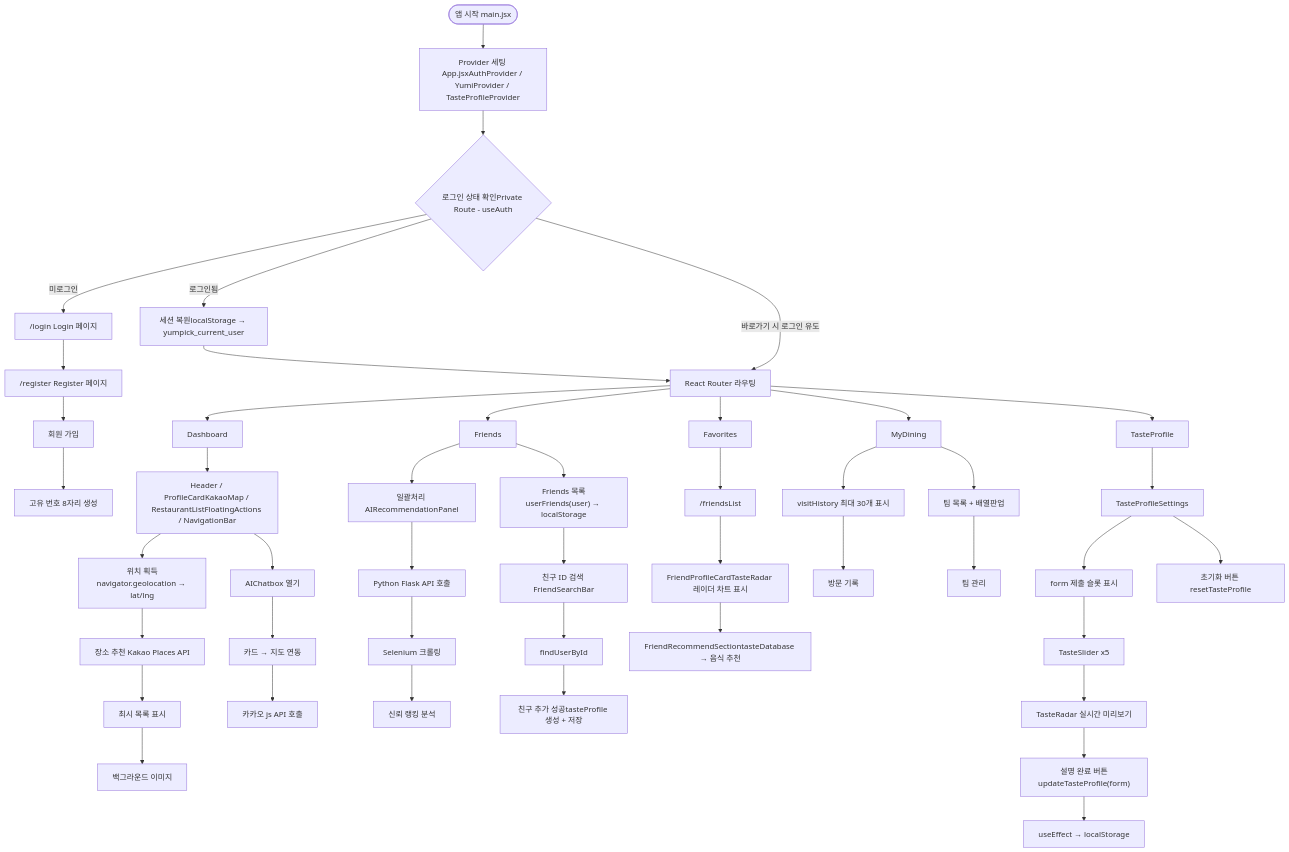
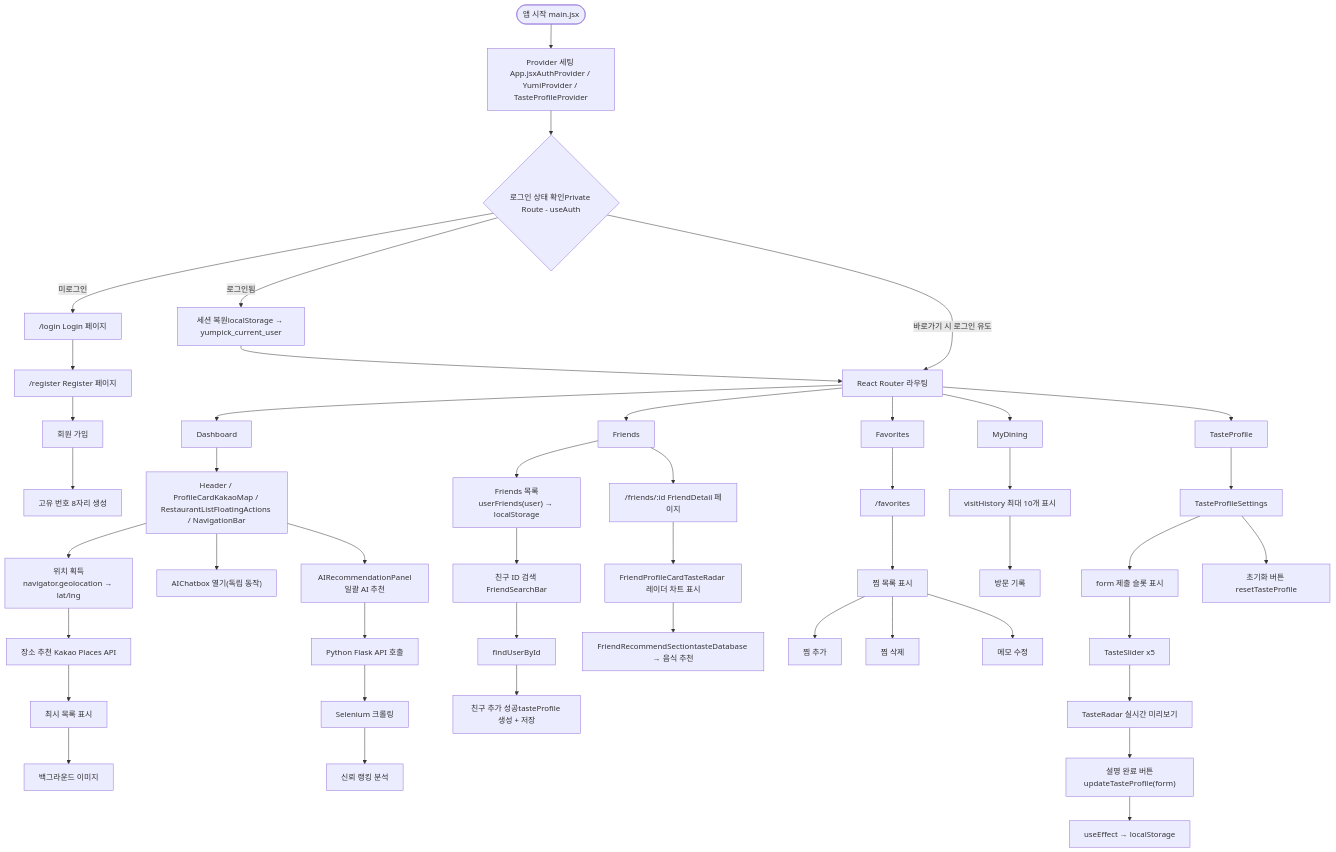
The diagram in README.md (tkrhandcl99-stack/react-project-team2), drawn with Mermaid before and after one commit.

````diff
--- a/README.md
+++ b/README.md
@@ -261,51 +261,53 @@
 ```mermaid
 flowchart TD
     A(["앱 시작 main.jsx"]) --> B["Provider 세팅 App.jsxAuthProvider / YumiProvider / TasteProfileProvider"]
     B --> C{"로그인 상태 확인Private Route - useAuth"}
     C -->|"미로그인"| D["/login Login 페이지"]
     C -->|"로그인됨"| E["세션 복원localStorage → yumpick_current_user"]
     D --> F["/register Register 페이지"]
     F --> G["회원 가입"] --> H["고유 번호 8자리 생성"]
     E --> I["React Router 라우팅"]
     C -->|"바로가기 시 로그인 유도"| I
 
     I --> J["Dashboard"]
     I --> K["Friends"]
     I --> L["TasteProfile"]
     I --> M["Favorites"]
     I --> N["MyDining"]
 
     J --> J1["Header / ProfileCardKakaoMap / RestaurantListFloatingActions / NavigationBar"]
     J1 --> J2["위치 획득navigator.geolocation → lat/lng"]
     J2 --> J3["장소 추천 Kakao Places API"]
     J3 --> J4["최시 목록 표시"]
     J4 --> J5["백그라운드 이미지"]
-    J1 --> BOT["AIChatbox 열기"]
-    BOT --> MAP["카드 → 지도 연동"]
-    MAP --> JS["카카오 js API 호출"]
+    J1 --> BOT["AIChatbox 열기(독립 동작)"]
+    J1 --> J6["AIRecommendationPanel일괄 AI 추천"]
+    J6 --> J7["Python Flask API 호출"]
+    J7 --> J8["Selenium 크롤링"]
+    J8 --> J9["신뢰 랭킹 분석"]
 
-    K --> K1["일괄처리 AIRecommendationPanel"]
-    K1 --> K2["Python Flask API 호출"]
-    K2 --> K3["Selenium 크롤링"]
-    K3 --> K4["신뢰 랭킹 분석"]
-    K --> K5["Friends 목록userFriends(user) → localStorage"]
-    K5 --> K6["친구 ID 검색 FriendSearchBar"]
-    K6 --> K7["findUserById"]
-    K7 --> K8["친구 추가 성공tasteProfile 생성 + 저장"]
+    K --> K1["Friends 목록userFriends(user) → localStorage"]
+    K1 --> K2["친구 ID 검색 FriendSearchBar"]
+    K2 --> K3["findUserById"]
+    K3 --> K4["친구 추가 성공tasteProfile 생성 + 저장"]
+    K --> K5["/friends/:id FriendDetail 페이지"]
+    K5 --> K6["FriendProfileCardTasteRadar 레이더 차트 표시"]
+    K6 --> K7["FriendRecommendSectiontasteDatabase → 음식 추천"]
 
-    M --> M1["/friendsList"]
-    M1 --> M2["FriendProfileCardTasteRadar 레이더 차트 표시"]
-    M2 --> M3["FriendRecommendSectiontasteDatabase → 음식 추천"]
+    M --> M1["/favorites"]
+    M1 --> M2["찜 목록 표시"]
+    M2 --> M3["찜 추가"]
+    M2 --> M4["찜 삭제"]
+    M2 --> M5["메모 수정"]
 
-    N --> N1["visitHistory 최대 30개 표시"] --> N2["방문 기록"]
-    N --> N3["팀 목록 + 배열판업"]
-    N3 --> N4["팀 관리"]
+    N --> N1["visitHistory 최대 10개 표시"]
+    N1 --> N2["방문 기록"]
 
     L --> L1["TasteProfileSettings"]
     L1 --> L2["form 제출 슬롯 표시"]
     L2 --> L3["TasteSlider x5"]
     L3 --> L4["TasteRadar 실시간 미리보기"]
     L4 --> L5["설명 완료 버튼updateTasteProfile(form)"]
     L5 --> L6["useEffect → localStorage"]
     L1 --> L7["초기화 버튼 resetTasteProfile"]
 ```
````
